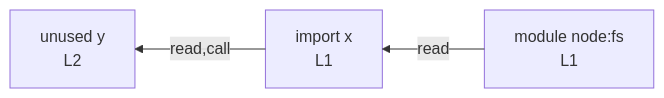
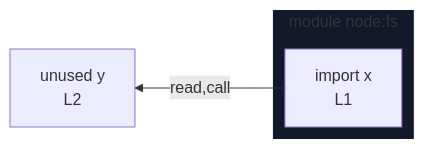
The diagram in integration/fixtures/imports/top-level-await-js/preview.md (crescware/unsnarl), drawn with Mermaid before and after one commit. The commit also changed 153 other files, not shown here.

First line of the commit message:
Render import sources as module subgraphs instead of module nodes

````diff
--- a/integration/fixtures/imports/top-level-await-js/preview.md
+++ b/integration/fixtures/imports/top-level-await-js/preview.md
@@ -12,9 +12,12 @@
 ```mermaid
 %%{init: {"flowchart": {"defaultRenderer": "elk"}}}%%
 flowchart RL
-  n_scope_0_x_9["import x<br/>L1"]
   n_scope_0_y_35["unused y<br/>L2"]
+  subgraph sg_node_fs["module node:fs"]
+    direction RL
+    n_scope_0_x_9["import x<br/>L1"]
+  end
   n_scope_0_x_9 -->|read,call| n_scope_0_y_35
-  mod_node_fs["module node:fs<br/>L1"]
-  mod_node_fs -->|read| n_scope_0_x_9
+  classDef nestL1 fill:#11192a,stroke:transparent;
+  class sg_node_fs nestL1;
 ```
````
